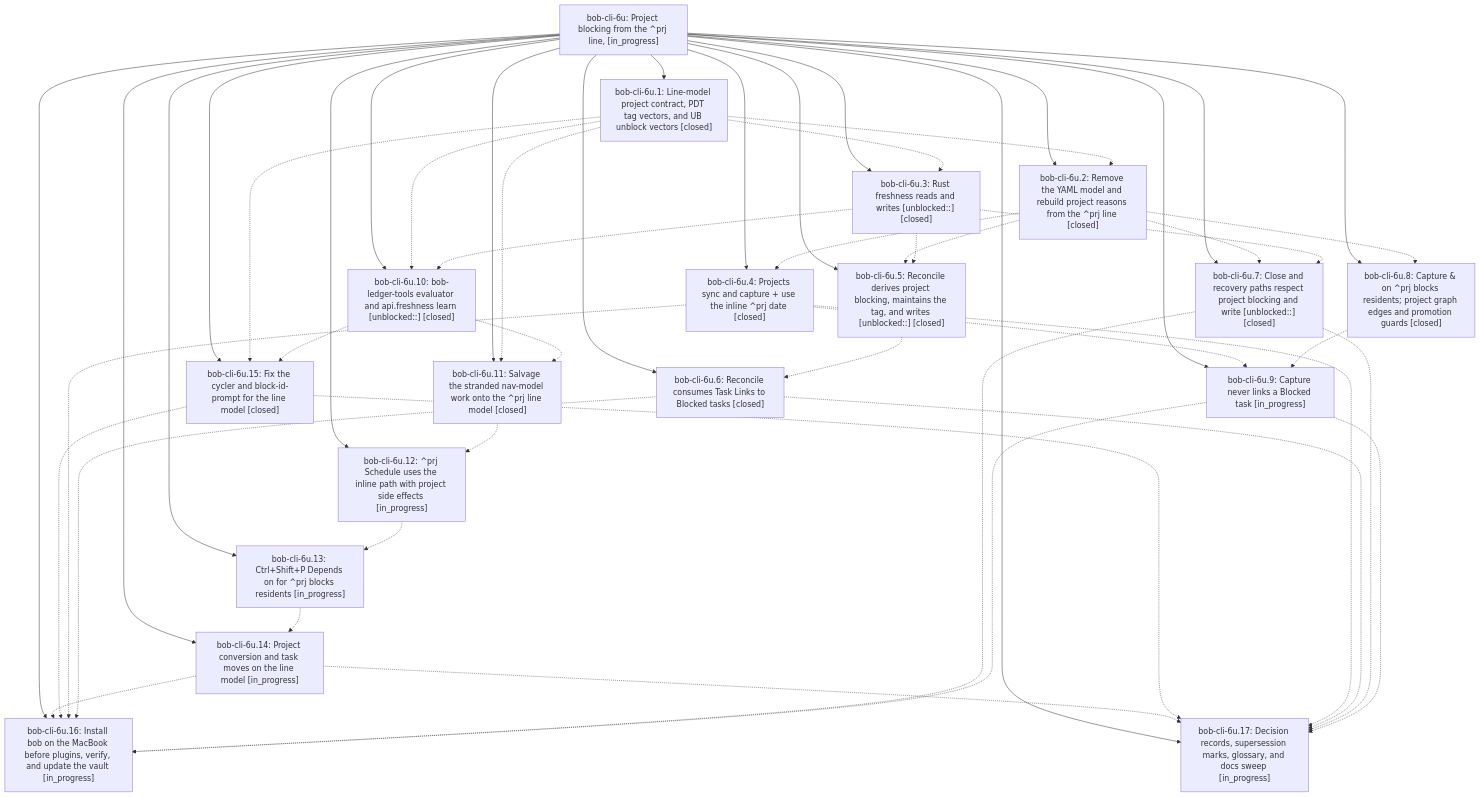
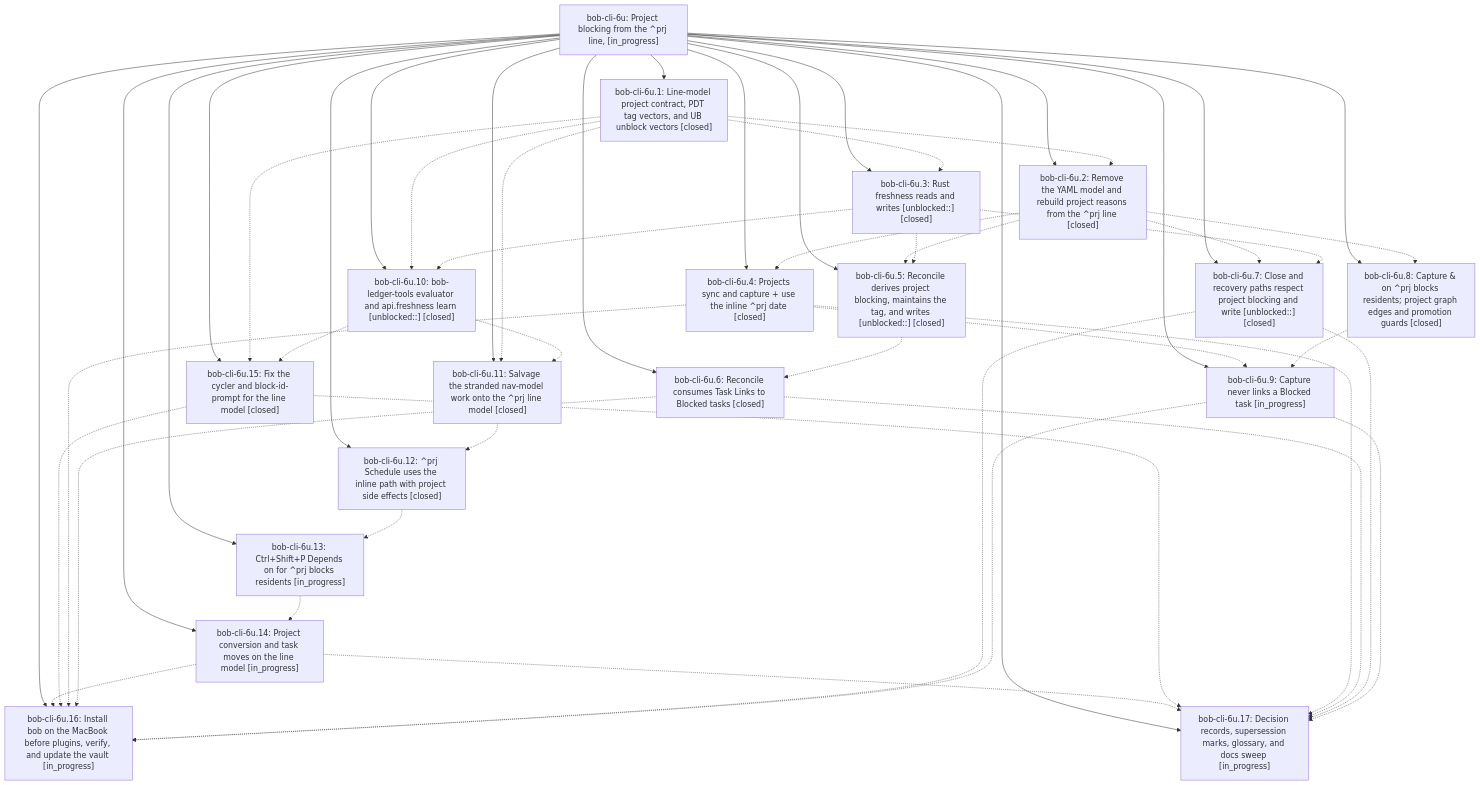
One commit to bobs-org/bob-cli--beads changed the diagram in pages/bob-cli-6u/README.md. Above: the diagram before and after it, drawn with Mermaid. The commit also changed other lines of this file and 6 other files, not shown here.

First line of the commit message:
chore(beads): sync bead state and pages for bob-cli-6u

````diff
--- a/pages/bob-cli-6u/README.md
+++ b/pages/bob-cli-6u/README.md
@@ -61,70 +61,70 @@
 ```mermaid
 flowchart TD
     n0["bob-cli-6u: Project blocking from the ^prj line, [in_progress]"]
     n1["bob-cli-6u.1: Line-model project contract, PDT tag vectors, and UB unblock vectors [closed]"]
     n2["bob-cli-6u.10: bob-ledger-tools evaluator and api.freshness learn [unblocked::] [closed]"]
     n3["bob-cli-6u.11: Salvage the stranded nav-model work onto the ^prj line model [closed]"]
-    n4["bob-cli-6u.12: ^prj Schedule uses the inline path with project side effects [in_progress]"]
+    n4["bob-cli-6u.12: ^prj Schedule uses the inline path with project side effects [closed]"]
     n5["bob-cli-6u.13: Ctrl+Shift+P Depends on for ^prj blocks residents [in_progress]"]
     n6["bob-cli-6u.14: Project conversion and task moves on the line model [in_progress]"]
     n7["bob-cli-6u.15: Fix the cycler and block-id-prompt for the line model [closed]"]
     n8["bob-cli-6u.16: Install bob on the MacBook before plugins, verify, and update the vault [in_progress]"]
     n9["bob-cli-6u.17: Decision records, supersession marks, glossary, and docs sweep [in_progress]"]
     n10["bob-cli-6u.2: Remove the YAML model and rebuild project reasons from the ^prj line [closed]"]
     n11["bob-cli-6u.3: Rust freshness reads and writes [unblocked::] [closed]"]
     n12["bob-cli-6u.4: Projects sync and capture + use the inline ^prj date [closed]"]
     n13["bob-cli-6u.5: Reconcile derives project blocking, maintains the tag, and writes [unblocked::] [closed]"]
     n14["bob-cli-6u.6: Reconcile consumes Task Links to Blocked tasks [closed]"]
     n15["bob-cli-6u.7: Close and recovery paths respect project blocking and write [unblocked::] [closed]"]
     n16["bob-cli-6u.8: Capture & on ^prj blocks residents; project graph edges and promotion guards [closed]"]
     n17["bob-cli-6u.9: Capture never links a Blocked task [in_progress]"]
     n0 --> n1
     n0 --> n2
     n0 --> n3
     n0 --> n4
     n0 --> n5
     n0 --> n6
     n0 --> n7
     n0 --> n8
     n0 --> n9
     n0 --> n10
     n0 --> n11
     n0 --> n12
     n0 --> n13
     n0 --> n14
     n0 --> n15
     n0 --> n16
     n0 --> n17
     n1 -.-> n2
     n1 -.-> n3
     n1 -.-> n7
     n1 -.-> n10
     n1 -.-> n11
     n2 -.-> n3
     n2 -.-> n7
     n3 -.-> n4
     n4 -.-> n5
     n5 -.-> n6
     n6 -.-> n8
     n6 -.-> n9
     n7 -.-> n8
     n7 -.-> n9
     n10 -.-> n12
     n10 -.-> n13
     n10 -.-> n15
     n10 -.-> n16
     n11 -.-> n2
     n11 -.-> n13
     n11 -.-> n15
     n12 -.-> n8
     n12 -.-> n9
     n12 -.-> n17
     n13 -.-> n14
     n14 -.-> n8
     n14 -.-> n9
     n15 -.-> n8
     n15 -.-> n9
     n16 -.-> n17
     n17 -.-> n8
     n17 -.-> n9
 ```
````
